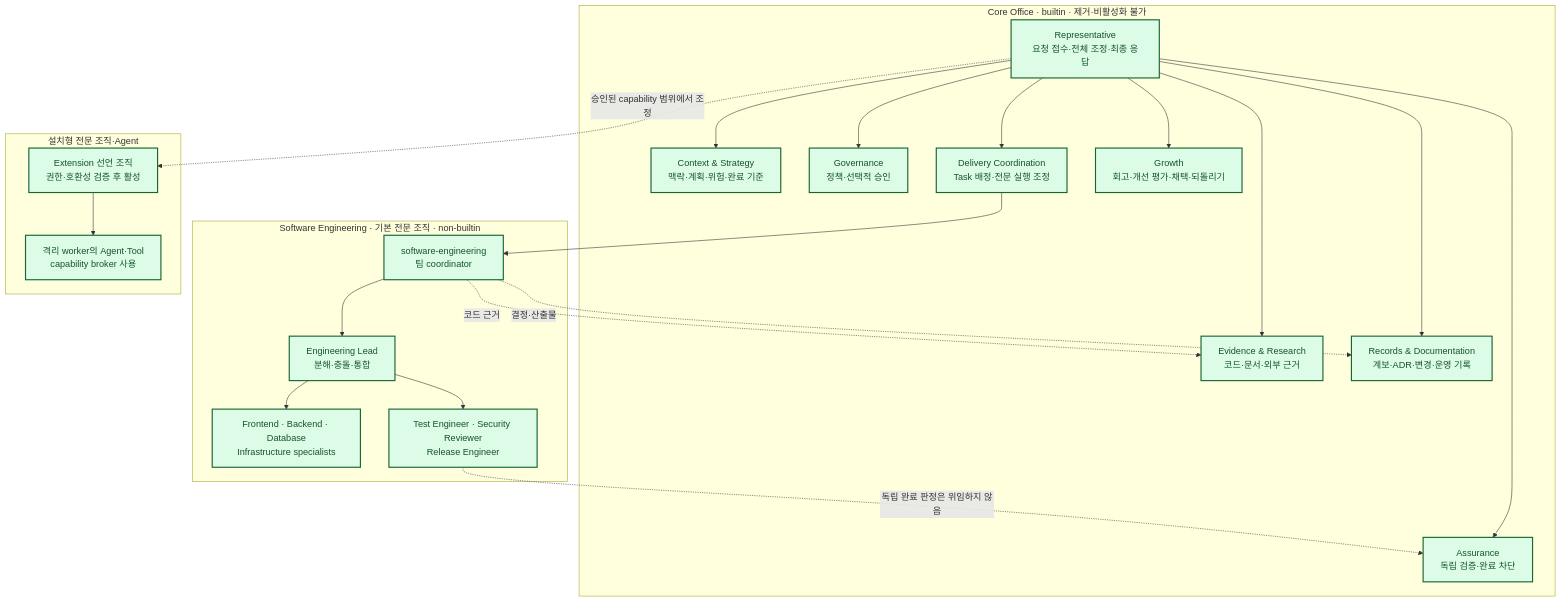
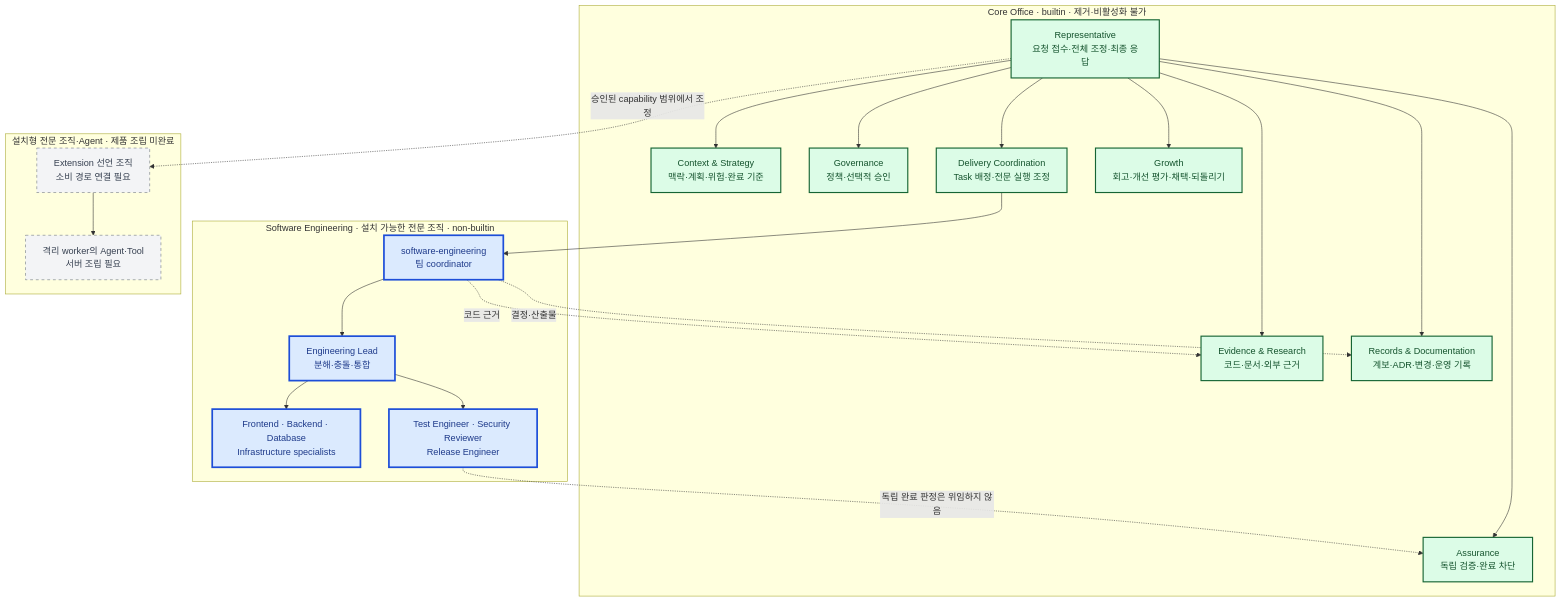
Before and after one commit to jabdori/massion: the third of 11 diagrams in docs/architecture/README.md, drawn with Mermaid. The commit also changed other lines of this file and 5 other files, not shown here.

````diff
--- a/docs/architecture/README.md
+++ b/docs/architecture/README.md
@@ -181,48 +183,48 @@
 ```mermaid
 flowchart TB
   classDef implemented fill:#dcfce7,stroke:#166534,color:#14532d,stroke-width:2px;
   classDef implementing fill:#dbeafe,stroke:#1d4ed8,color:#1e3a8a,stroke-width:3px;
   classDef planned fill:#f3f4f6,stroke:#6b7280,color:#374151,stroke-width:1px,stroke-dasharray:5 5;
   classDef external fill:#ffedd5,stroke:#c2410c,color:#7c2d12,stroke-width:2px;
 
   subgraph Core["Core Office · builtin · 제거·비활성화 불가"]
     Rep["Representative<br/>요청 접수·전체 조정·최종 응답"]:::implemented
     Strategy["Context & Strategy<br/>맥락·계획·위험·완료 기준"]:::implemented
     Evidence["Evidence & Research<br/>코드·문서·외부 근거"]:::implemented
     Gov["Governance<br/>정책·선택적 승인"]:::implemented
     Delivery["Delivery Coordination<br/>Task 배정·전문 실행 조정"]:::implemented
     Assurance["Assurance<br/>독립 검증·완료 차단"]:::implemented
     Records["Records & Documentation<br/>계보·ADR·변경·운영 기록"]:::implemented
     Growth["Growth<br/>회고·개선 평가·채택·되돌리기"]:::implemented
 
     Rep --> Strategy
     Rep --> Evidence
     Rep --> Gov
     Rep --> Delivery
     Rep --> Assurance
     Rep --> Records
     Rep --> Growth
   end
 
-  subgraph Engineering["Software Engineering · 기본 전문 조직 · non-builtin"]
-    EngTeam["software-engineering<br/>팀 coordinator"]:::implemented
-    Lead["Engineering Lead<br/>분해·충돌·통합"]:::implemented
-    Specialists["Frontend · Backend · Database<br/>Infrastructure specialists"]:::implemented
-    Quality["Test Engineer · Security Reviewer<br/>Release Engineer"]:::implemented
+  subgraph Engineering["Software Engineering · 설치 가능한 전문 조직 · non-builtin"]
+    EngTeam["software-engineering<br/>팀 coordinator"]:::implementing
+    Lead["Engineering Lead<br/>분해·충돌·통합"]:::implementing
+    Specialists["Frontend · Backend · Database<br/>Infrastructure specialists"]:::implementing
+    Quality["Test Engineer · Security Reviewer<br/>Release Engineer"]:::implementing
     EngTeam --> Lead
     Lead --> Specialists
     Lead --> Quality
   end
 
-  subgraph Extensions["설치형 전문 조직·Agent"]
-    ExtOrg["Extension 선언 조직<br/>권한·호환성 검증 후 활성"]:::implemented
-    ExtAgent["격리 worker의 Agent·Tool<br/>capability broker 사용"]:::implemented
+  subgraph Extensions["설치형 전문 조직·Agent · 제품 조립 미완료"]
+    ExtOrg["Extension 선언 조직<br/>소비 경로 연결 필요"]:::planned
+    ExtAgent["격리 worker의 Agent·Tool<br/>서버 조립 필요"]:::planned
     ExtOrg --> ExtAgent
   end
 
   Delivery --> EngTeam
   EngTeam -. "코드 근거" .-> Evidence
   Quality -. "독립 완료 판정은 위임하지 않음" .-> Assurance
   EngTeam -. "결정·산출물" .-> Records
   Rep -. "승인된 capability 범위에서 조정" .-> ExtOrg
 ```
````
